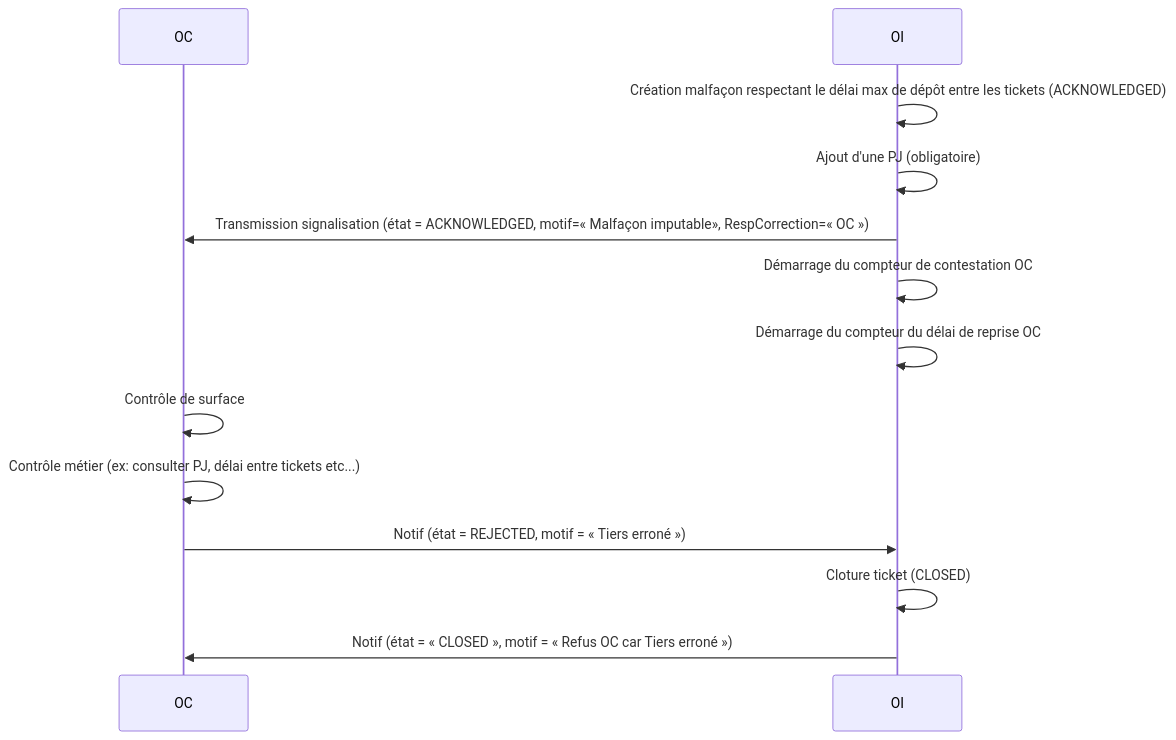
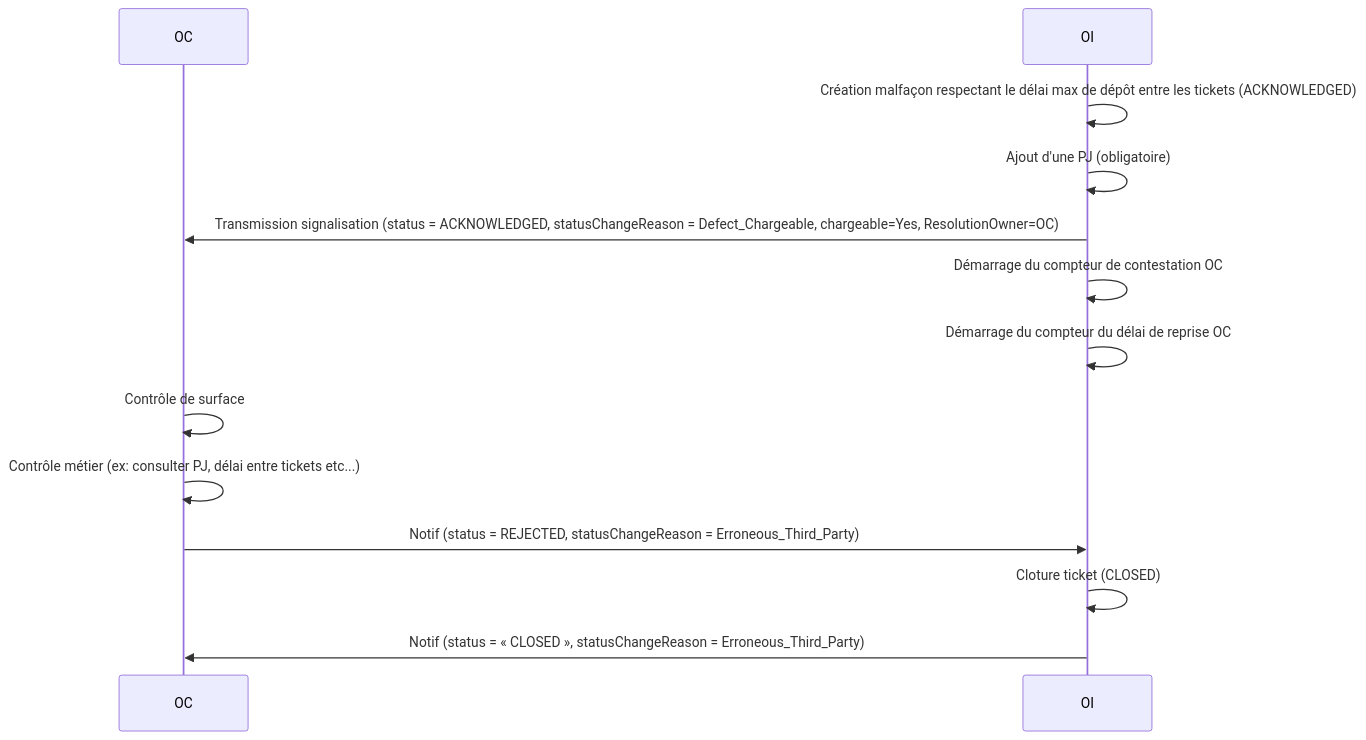
The tenth of 14 diagrams in README.md (before-interop/malfacon), drawn with Mermaid before and after one commit. The commit also changed other lines of this file and 1 other file, not shown here.

````diff
--- a/README.md
+++ b/README.md
@@ -510,18 +505,17 @@
 ```mermaid
 sequenceDiagram
 
   participant OC
   participant OI
 
   OI->>OI: Création malfaçon respectant le délai max de dépôt entre les tickets (ACKNOWLEDGED)
   OI->>OI: Ajout d'une PJ (obligatoire)
-  OI->>OC: Transmission signalisation (état = ACKNOWLEDGED, motif=« Malfaçon imputable», RespCorrection=« OC »)
+  OI->>OC: Transmission signalisation (status = ACKNOWLEDGED, statusChangeReason = Defect_Chargeable, chargeable=Yes, ResolutionOwner=OC)
   OI->>OI: Démarrage du compteur de contestation OC
   OI->>OI: Démarrage du compteur du délai de reprise OC
   OC->>OC: Contrôle de surface
   OC->>OC: Contrôle métier (ex: consulter PJ, délai entre tickets etc...)
-  OC->>OI: Notif (état = REJECTED, motif = « Tiers erroné »)
+  OC->>OI: Notif (status = REJECTED, statusChangeReason = Erroneous_Third_Party)
   OI->>OI: Cloture ticket (CLOSED)
-  OI->>OC: Notif (état = « CLOSED », motif = « Refus OC car Tiers erroné »)
-
+  OI->>OC: Notif (status = « CLOSED », statusChangeReason = Erroneous_Third_Party)
 ```
````
